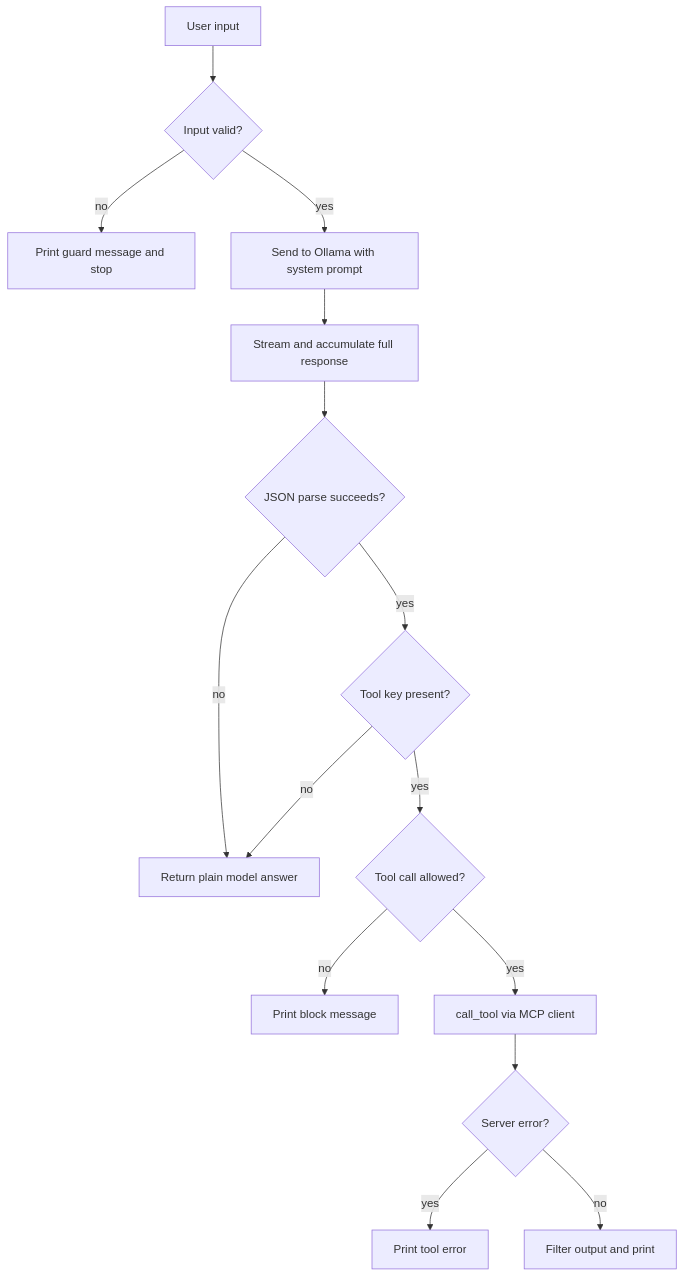
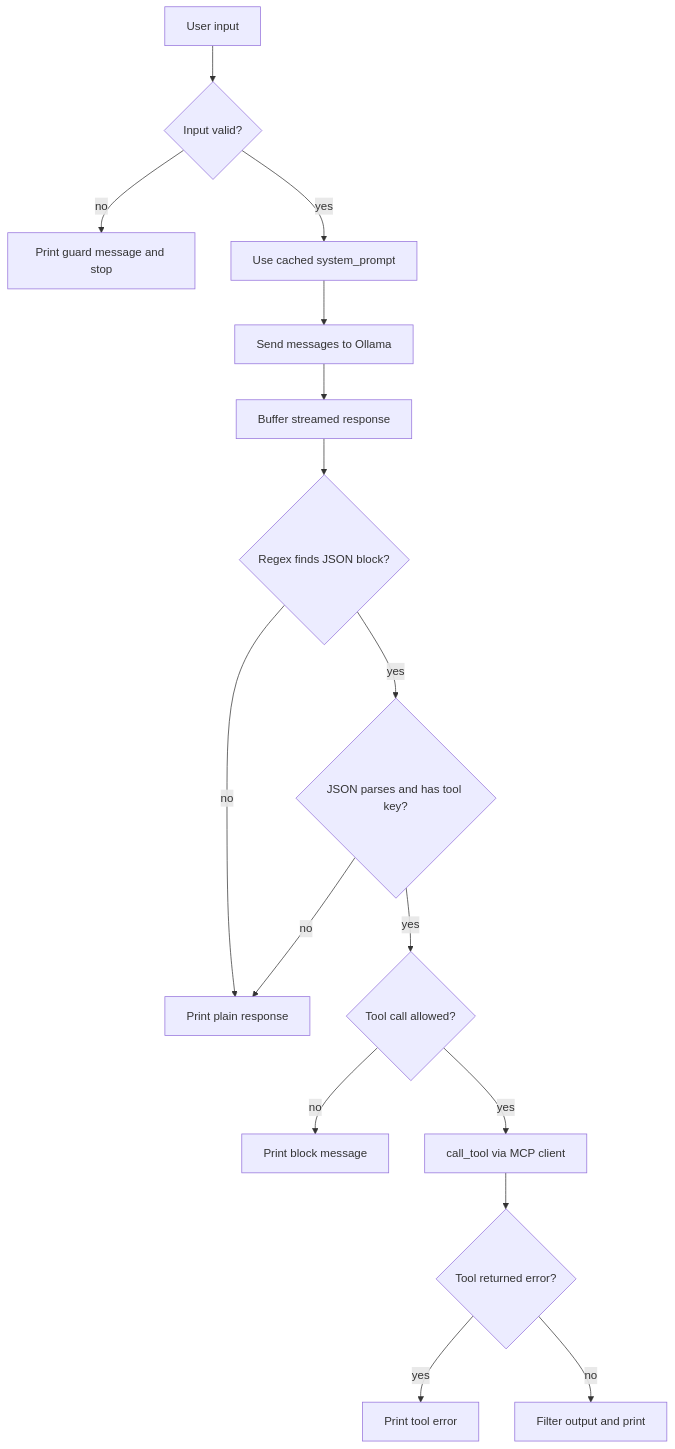
Before and after one commit to soorajrs409/e-agent: the fourth of 5 diagrams in docs/ARCHITECTURE.md, drawn with Mermaid. The commit also changed other lines of this file and 7 other files, not shown here.

Commit message:
Adjusted system prompt and added tool discovery

````diff
--- a/docs/ARCHITECTURE.md
+++ b/docs/ARCHITECTURE.md
@@ -72,17 +87,18 @@
 ```mermaid
 flowchart TD
     A[User input] --> B{Input valid?}
     B -- no --> C[Print guard message and stop]
-    B -- yes --> D[Send to Ollama with system prompt]
-    D --> E[Stream and accumulate full response]
-    E --> F{JSON parse succeeds?}
-    F -- no --> G[Return plain model answer]
-    F -- yes --> H{Tool key present?}
-    H -- no --> G
-    H -- yes --> I{Tool call allowed?}
-    I -- no --> J[Print block message]
-    I -- yes --> K[call_tool via MCP client]
-    K --> L{Server error?}
-    L -- yes --> M[Print tool error]
-    L -- no --> N[Filter output and print]
+    B -- yes --> D[Use cached system_prompt]
+    D --> E[Send messages to Ollama]
+    E --> F[Buffer streamed response]
+    F --> G{Regex finds JSON block?}
+    G -- no --> H[Print plain response]
+    G -- yes --> I{JSON parses and has tool key?}
+    I -- no --> H
+    I -- yes --> J{Tool call allowed?}
+    J -- no --> K[Print block message]
+    J -- yes --> L[call_tool via MCP client]
+    L --> M{Tool returned error?}
+    M -- yes --> N[Print tool error]
+    M -- no --> O[Filter output and print]
 ```
````
